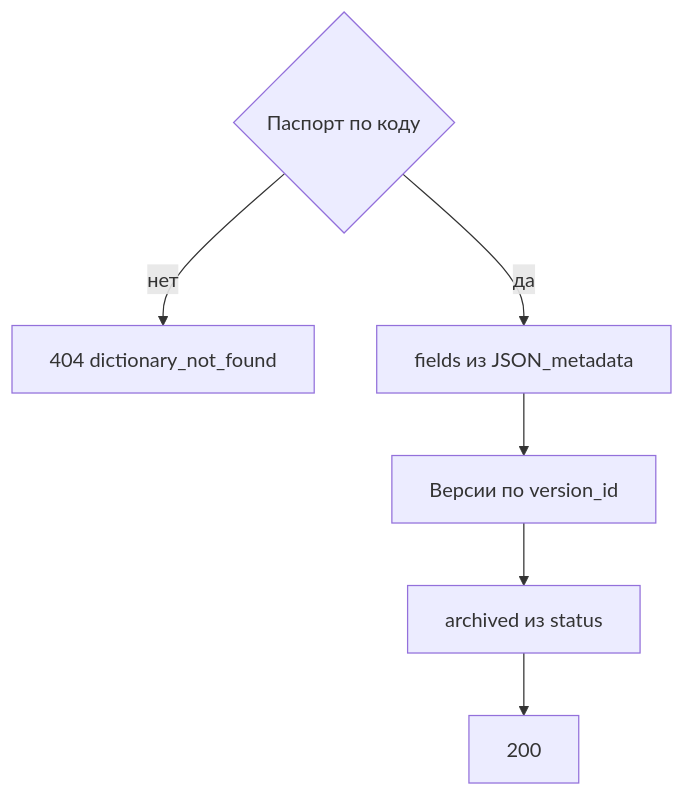
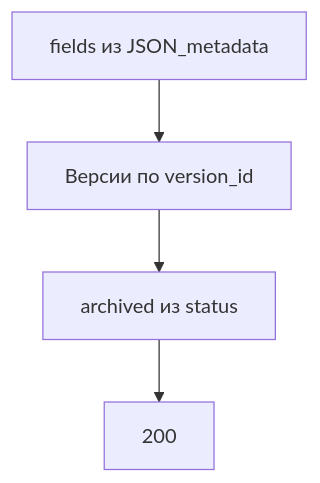
One commit to StrannikE95/reference_data changed the diagram in docs/1. functional/v3/management.api/DataController/get_passport.md. Above: the diagram before and after it, drawn with Mermaid. The commit also changed other lines of this file and 8 other files, not shown here.

````diff
--- a/docs/1. functional/v3/management.api/DataController/get_passport.md
+++ b/docs/1. functional/v3/management.api/DataController/get_passport.md
@@ -50,8 +55,6 @@
 ```mermaid
 flowchart TD
-  find{"Паспорт по коду"} -->|нет| nf["404 dictionary_not_found"]
-  find -->|да| meta["fields из JSON_metadata"]
-  meta --> vers["Версии по version_id"]
+  meta["fields из JSON_metadata"] --> vers["Версии по version_id"]
   vers --> arch["archived из status"]
   arch --> ok["200"]
 ```
````
